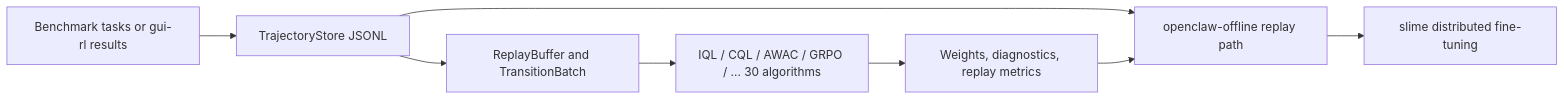
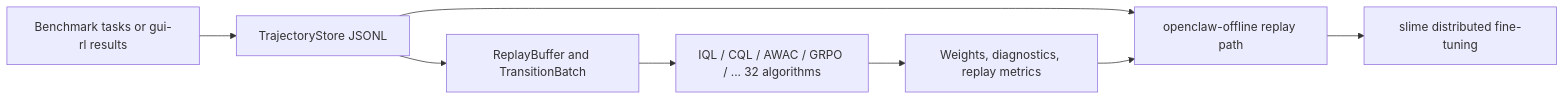
One commit to MING-ZCH/OpenClaw-RL-Offline changed the diagram in README.md. Above: the diagram before and after it, drawn with Mermaid. The commit also changed other lines of this file and 12 other files, not shown here.

````diff
--- a/README.md
+++ b/README.md
@@ -21,10 +21,10 @@
 ```mermaid
 flowchart LR
 	A[Benchmark tasks or gui-rl results] --> B[TrajectoryStore JSONL]
 	B --> C[ReplayBuffer and TransitionBatch]
-	C --> D[IQL / CQL / AWAC / GRPO / ... 30 algorithms]
+	C --> D[IQL / CQL / AWAC / GRPO / ... 32 algorithms]
 	D --> E[Weights, diagnostics, replay metrics]
 	B --> F[openclaw-offline replay path]
 	E --> F
 	F --> G[slime distributed fine-tuning]
 ```
````
